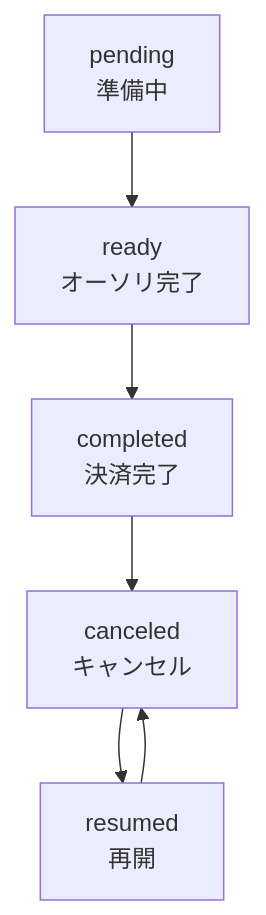
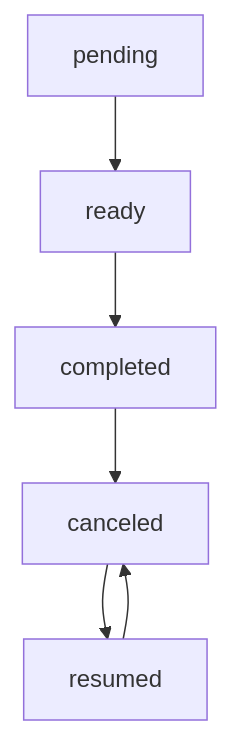
The fourth of 4 diagrams in ja/developer/state_machine.md (hyoshida/comable-guide), drawn with Mermaid before and after one commit. The commit also changed other lines of this file, not shown here.

```diff
--- a/ja/developer/state_machine.md
+++ b/ja/developer/state_machine.md
@@ -72,14 +51,8 @@
 {% mermaid %}
 graph TD;
     pending --> ready;
     ready --> completed;
     completed --> canceled;
     canceled --> resumed;
     resumed --> canceled;
-
-    pending[pending<br/>準備中];
-    ready[ready<br/>オーソリ完了];
-    completed[completed<br/>決済完了];
-    resumed[resumed<br/>再開];
-    canceled[canceled<br/>キャンセル];
 {% endmermaid %}
```
